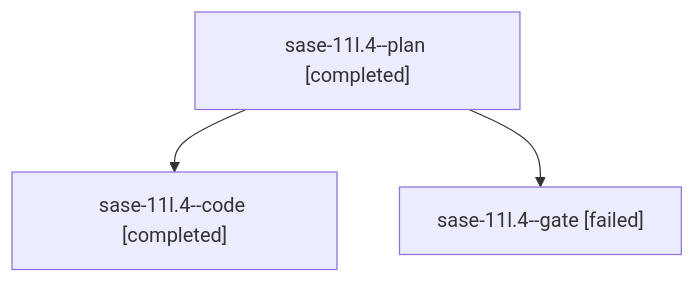
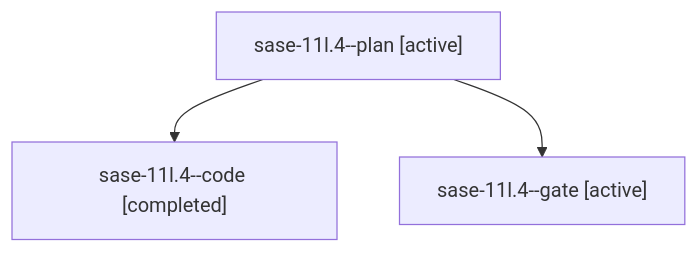
One commit to sase-org/sase--agents changed the diagram in families/bbugyi200.athena.sase-11l.4.md. Above: the diagram before and after it, drawn with Mermaid. The commit also changed other lines of this file and 192 other files, not shown here.

````diff
--- a/families/bbugyi200.athena.sase-11l.4.md
+++ b/families/bbugyi200.athena.sase-11l.4.md
@@ -9,8 +9,8 @@
 ```mermaid
 flowchart TD
-  n0["sase-11l.4--plan [completed]"]
+  n0["sase-11l.4--plan [active]"]
   n1["sase-11l.4--code [completed]"]
   n0 --> n1
-  n2["sase-11l.4--gate [failed]"]
+  n2["sase-11l.4--gate [active]"]
   n0 --> n2
 ```
````
